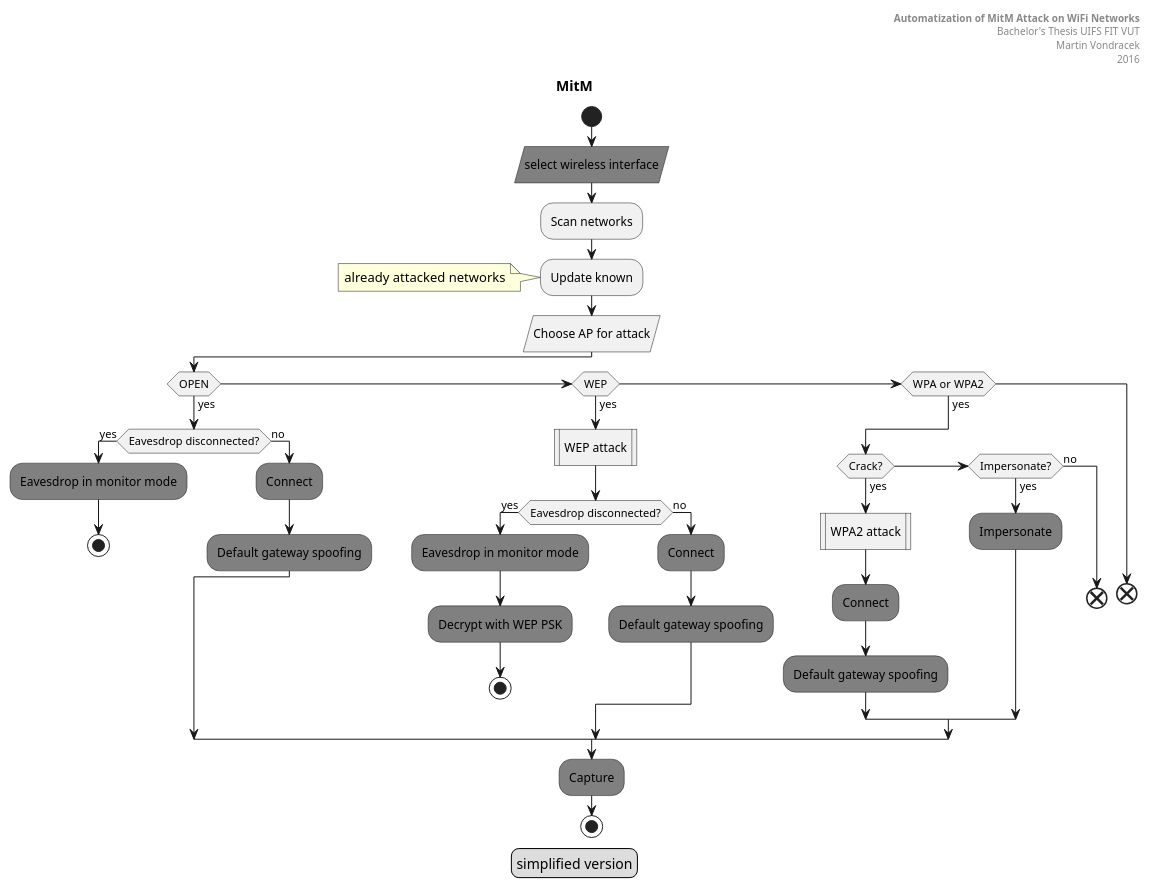
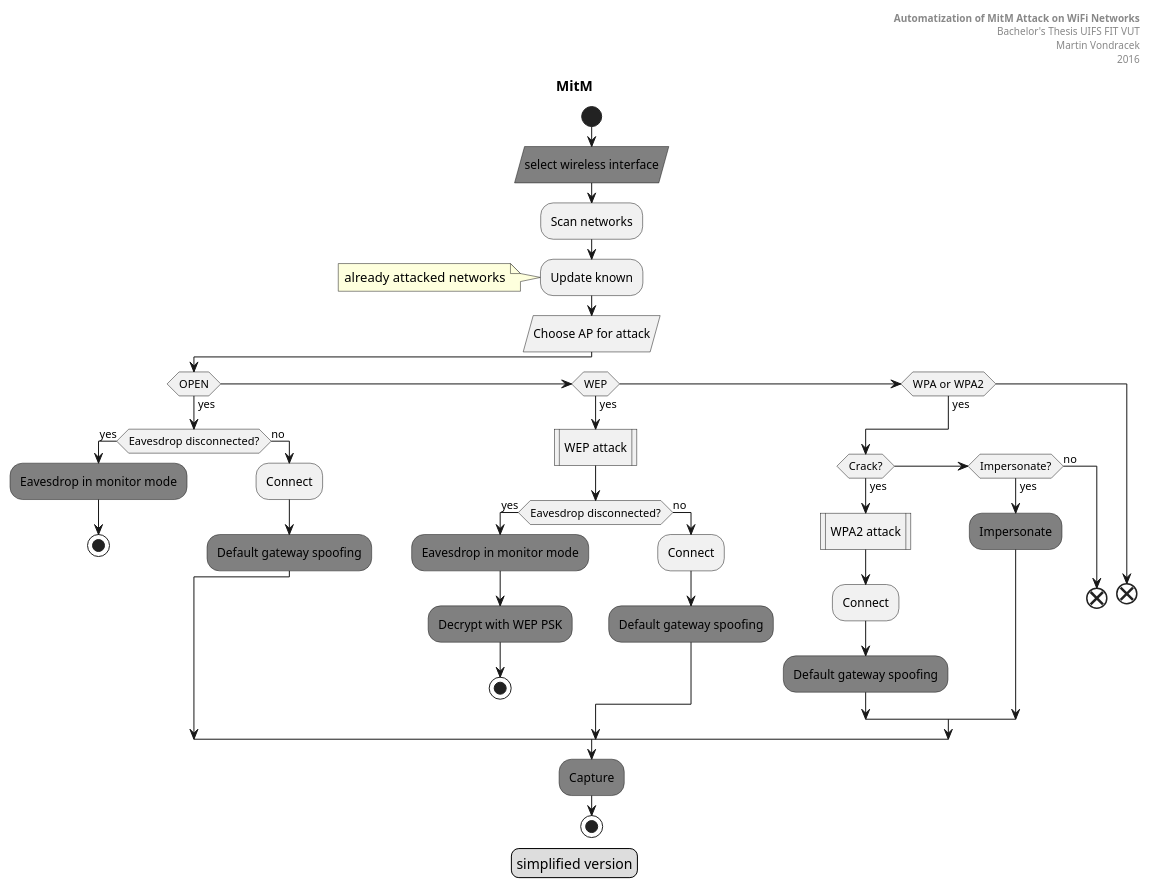
One commit to mvondracek/wifimitm changed the diagram in doc/MitM.puml. Above: the diagram before and after it, drawn with PlantUML. The commit also changed 3 other files, not shown here.

Commit message:
updated activity diagrams

```diff
--- a/doc/MitM.puml
+++ b/doc/MitM.puml
@@ -1,59 +1,59 @@
 @startuml
 title MitM
 header
 **Automatization of MitM Attack on WiFi Networks**
 Bachelor's Thesis UIFS FIT VUT
 Martin Vondracek
 2016
 end header
 legend
 simplified version
 end legend
 
 start
 
 #Grey:select wireless interface/
 
 
 :Scan networks;
 :Update known;
 note: already attacked networks
 :Choose AP for attack/
 
 if (OPEN) then (yes)
     if (Eavesdrop disconnected?) then (yes)
         #Grey:Eavesdrop in monitor mode;
         stop
     else (no)
-        #Grey:Connect;
+        :Connect;
         #Grey:Default gateway spoofing;
     endif
 elseif (WEP) then (yes)
     :WEP attack|
     if (Eavesdrop disconnected?) then (yes)
         #Grey:Eavesdrop in monitor mode;
         #Grey:Decrypt with WEP PSK;
         stop
     else (no)
-        #Grey:Connect;
+        :Connect;
         #Grey:Default gateway spoofing;
     endif
 elseif (WPA or WPA2) then (yes)
 
     if (Crack?) then (yes)
         :WPA2 attack|
-        #Grey:Connect;
+        :Connect;
         #Grey:Default gateway spoofing;
     elseif (Impersonate?) then (yes)
         #Grey:Impersonate;
     else (no)
         end
     endif
 else
     end
 endif
 
 #Grey:Capture;
 
 stop
 @enduml
```
